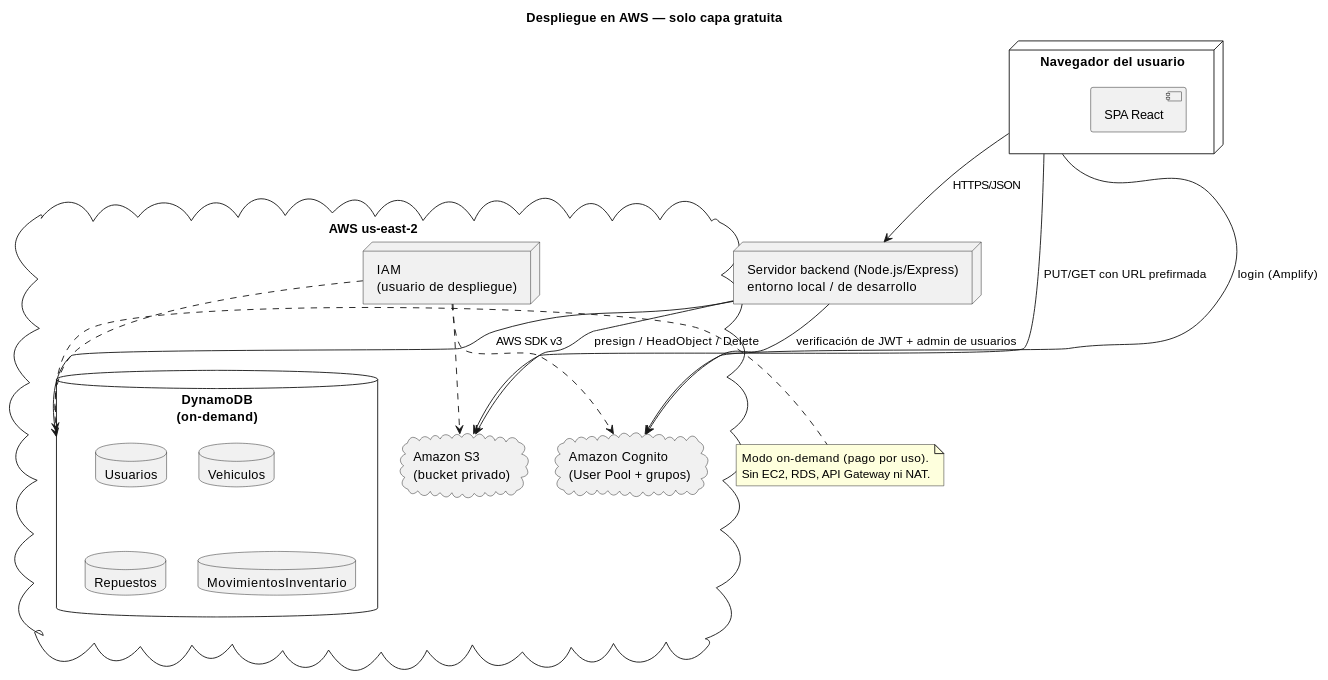
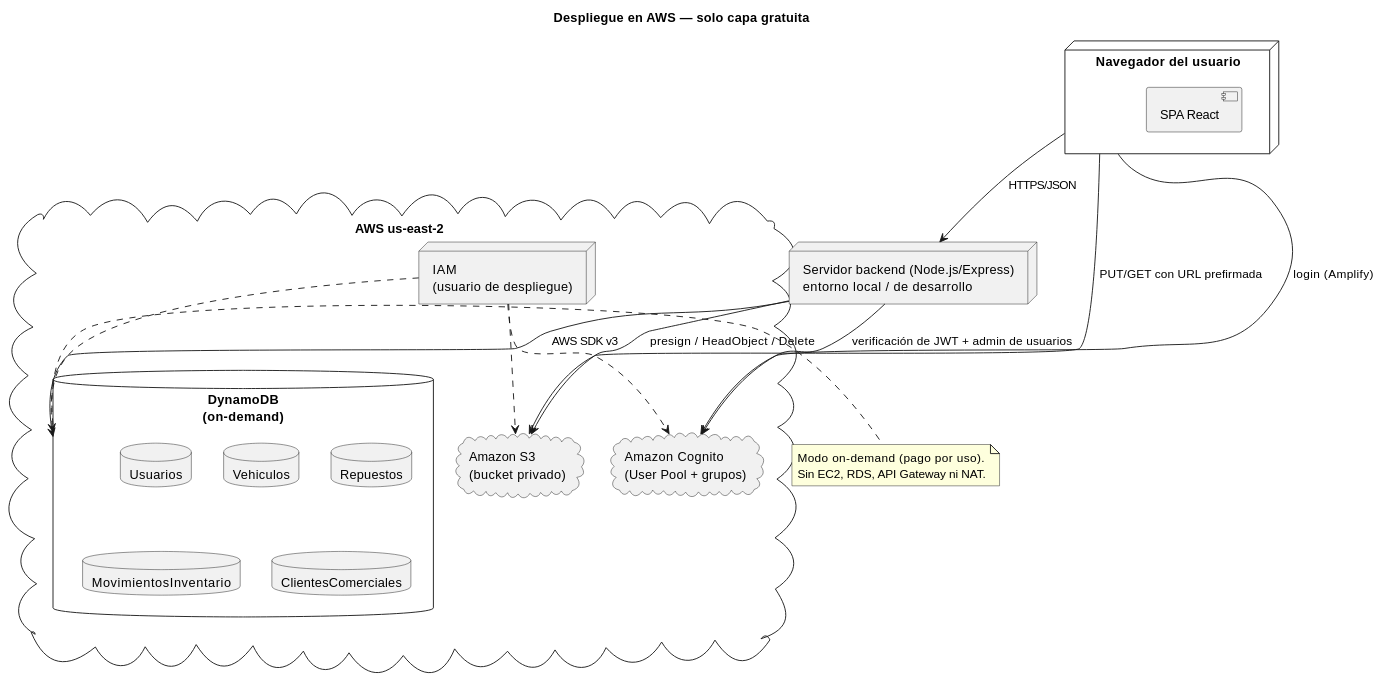
Before and after one commit to dgschahvqvc17/Concesionaria-BMW: the second of 11 diagrams in documentacion/diagramas.md, drawn with PlantUML. The commit also changed other lines of this file and 26 other files, not shown here.

````diff
--- a/documentacion/diagramas.md
+++ b/documentacion/diagramas.md
@@ -74,39 +75,40 @@
 ```plantuml
 @startuml
 title Despliegue en AWS — solo capa gratuita
 skinparam shadowing false
 
 node "Navegador del usuario" as browser {
   component "SPA React" as spa
 }
 
 node "Servidor backend (Node.js/Express)\nentorno local / de desarrollo" as api
 
 cloud "AWS us-east-2" {
   database "DynamoDB\n(on-demand)" as ddb {
     database "Usuarios" as t1
     database "Vehiculos" as t2
     database "Repuestos" as t3
     database "MovimientosInventario" as t4
+    database "ClientesComerciales" as t5
   }
   cloud "Amazon S3\n(bucket privado)" as s3
   cloud "Amazon Cognito\n(User Pool + grupos)" as cognito
   node "IAM\n(usuario de despliegue)" as iam
 }
 
 browser --> api : HTTPS/JSON
 browser --> cognito : login (Amplify)
 browser --> s3 : PUT/GET con URL prefirmada
 api --> ddb : AWS SDK v3
 api --> s3 : presign / HeadObject / Delete
 api --> cognito : verificación de JWT + admin de usuarios
 iam ..> ddb
 iam ..> s3
 iam ..> cognito
 
 note right of ddb
   Modo on-demand (pago por uso).
   Sin EC2, RDS, API Gateway ni NAT.
 end note
 @enduml
 ```
````
